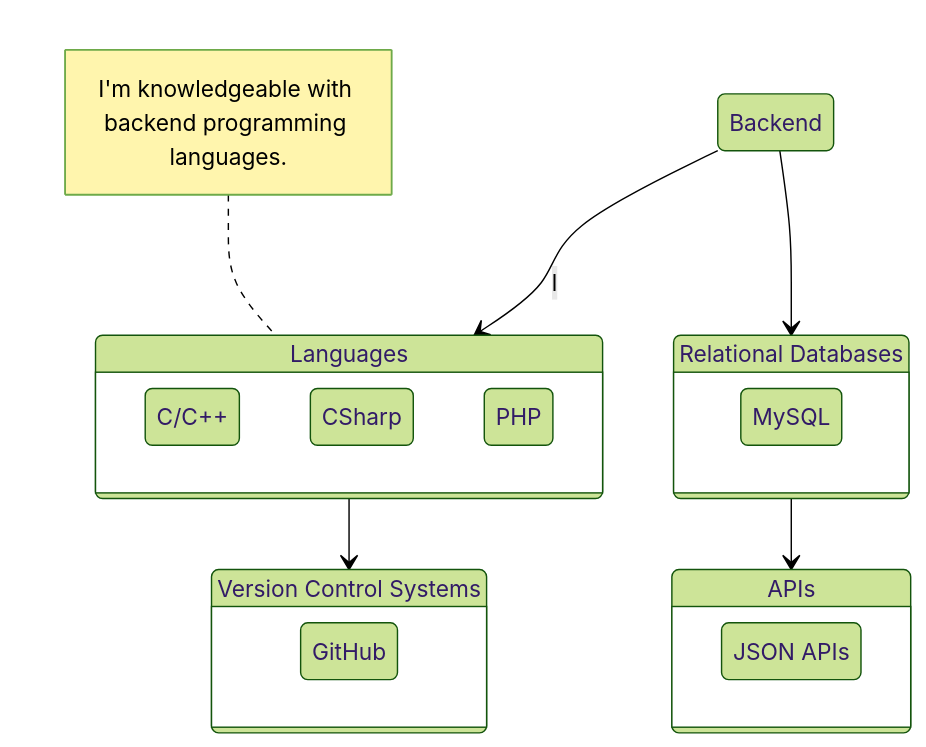
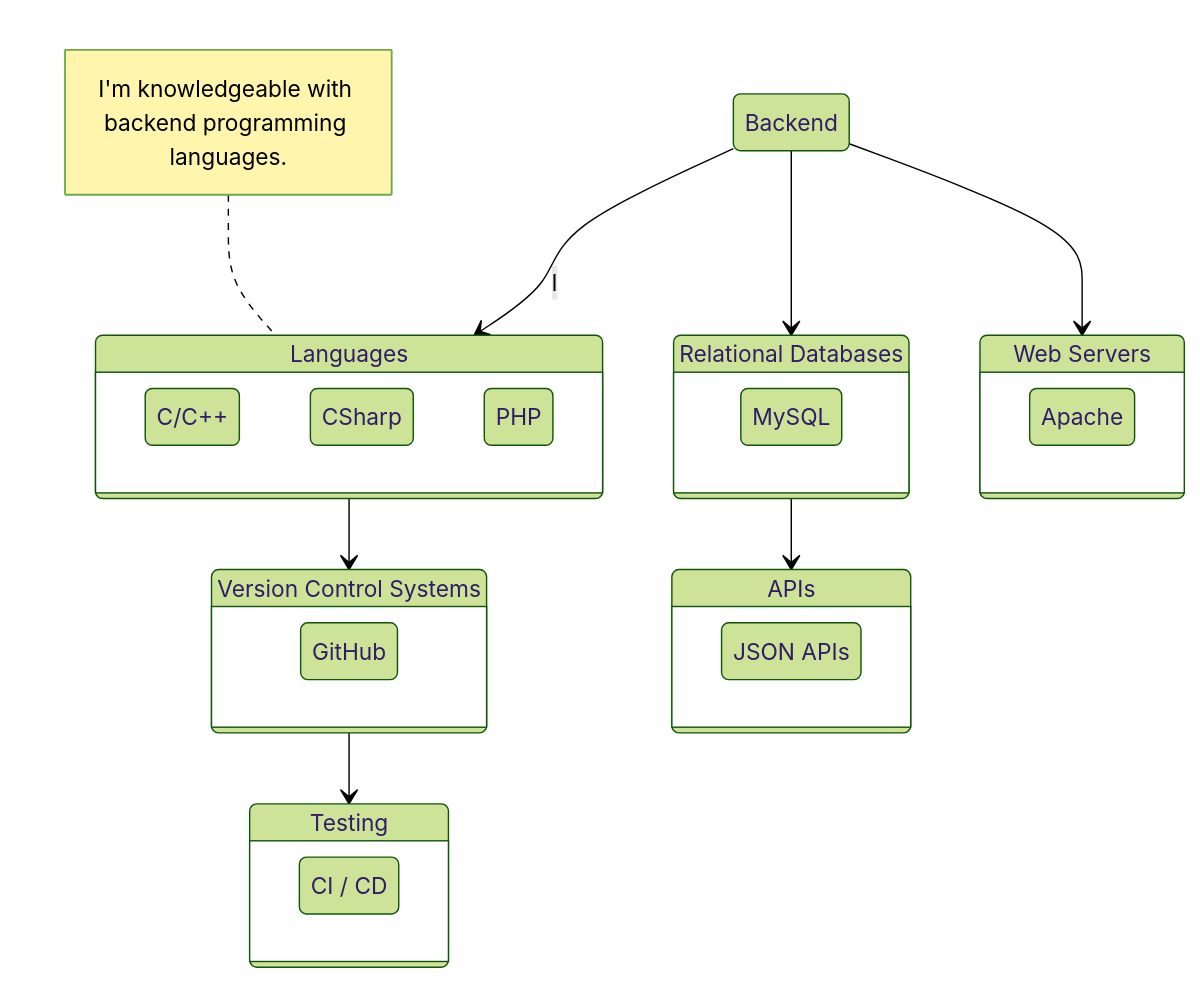
The first of 2 diagrams in README.md (farunurisonmez/farunurisonmez), drawn with Mermaid (forest theme) before and after one commit.

````diff
--- a/README.md
+++ b/README.md
@@ -4,24 +4,34 @@
 ```mermaid
   stateDiagram-v2
     Backend --> Languages:l
       note left of Languages : I'm knowledgeable with backend programming languages.
       state Languages {
         C/C++
         CSharp
         PHP
       }
     VersionControlSystems: Version Control Systems
     Languages --> VersionControlSystems
       state VersionControlSystems {
         GitHub
       }
+    Testing: Testing
+    VersionControlSystems --> Testing
+      state Testing {
+        CICD: CI / CD
+      }
     RelationalDatabases: Relational Databases
     Backend --> RelationalDatabases
     RelationalDatabases --> APIs
       state RelationalDatabases {
         MySQL: MySQL
       }
       state APIs {
         JSONAPIs: JSON APIs
       }
+    WebServers: Web Servers
+    Backend --> WebServers
+      state WebServers {
+        Apache
+      }
 ```
````
